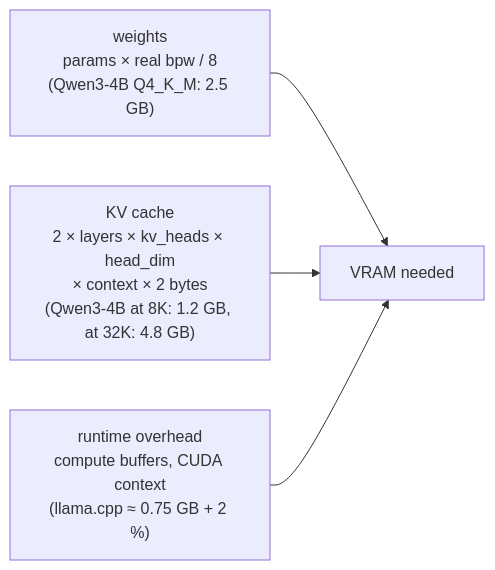
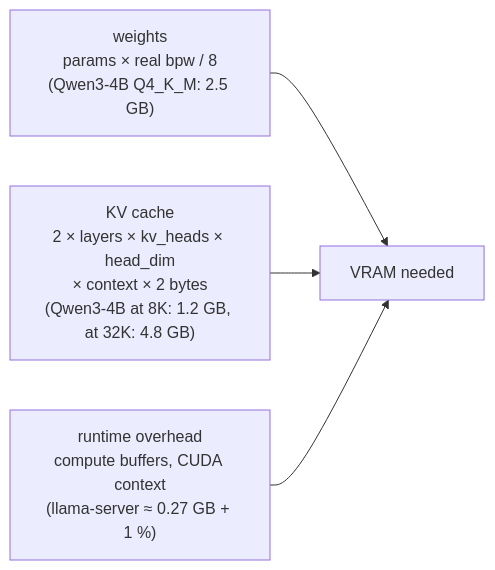
Before and after one commit to the-anup-das/rightsize-ai: the fourth of 5 diagrams in docs/guide/choosing-a-model-format.md, drawn with Mermaid. The commit also changed other lines of this file and 24 other files, not shown here.

First line of the commit message:
F3: size llama.cpp and fine-tunes as they allocate memory

````diff
--- a/docs/guide/choosing-a-model-format.md
+++ b/docs/guide/choosing-a-model-format.md
@@ -88,6 +88,6 @@
 ```mermaid
 flowchart LR
     W["weights<br/>params × real bpw / 8<br/>(Qwen3-4B Q4_K_M: 2.5 GB)"] --> V["VRAM needed"]
     K["KV cache<br/>2 × layers × kv_heads × head_dim<br/>× context × 2 bytes<br/>(Qwen3-4B at 8K: 1.2 GB, at 32K: 4.8 GB)"] --> V
-    O["runtime overhead<br/>compute buffers, CUDA context<br/>(llama.cpp ≈ 0.75 GB + 2 %)"] --> V
+    O["runtime overhead<br/>compute buffers, CUDA context<br/>(llama-server ≈ 0.27 GB + 1 %)"] --> V
 ```
````
